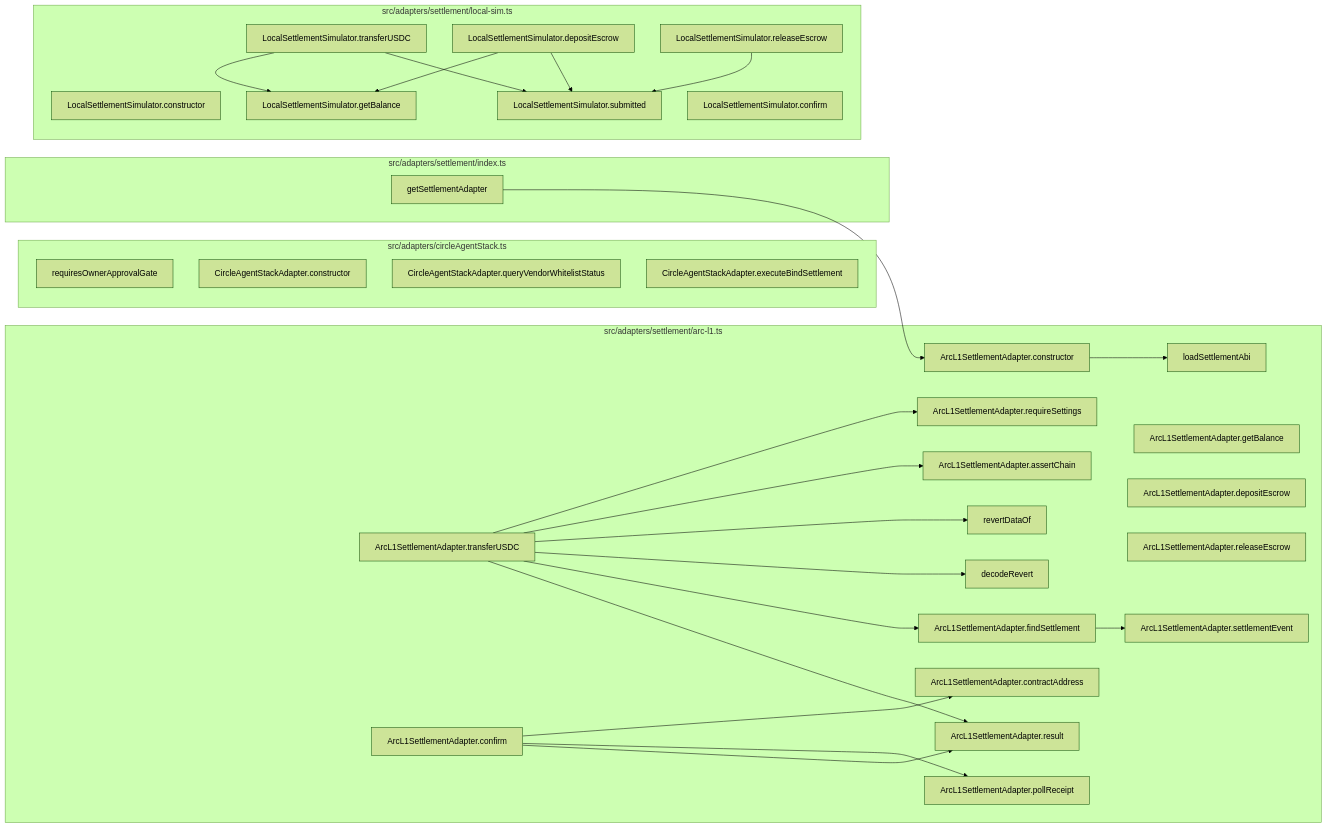
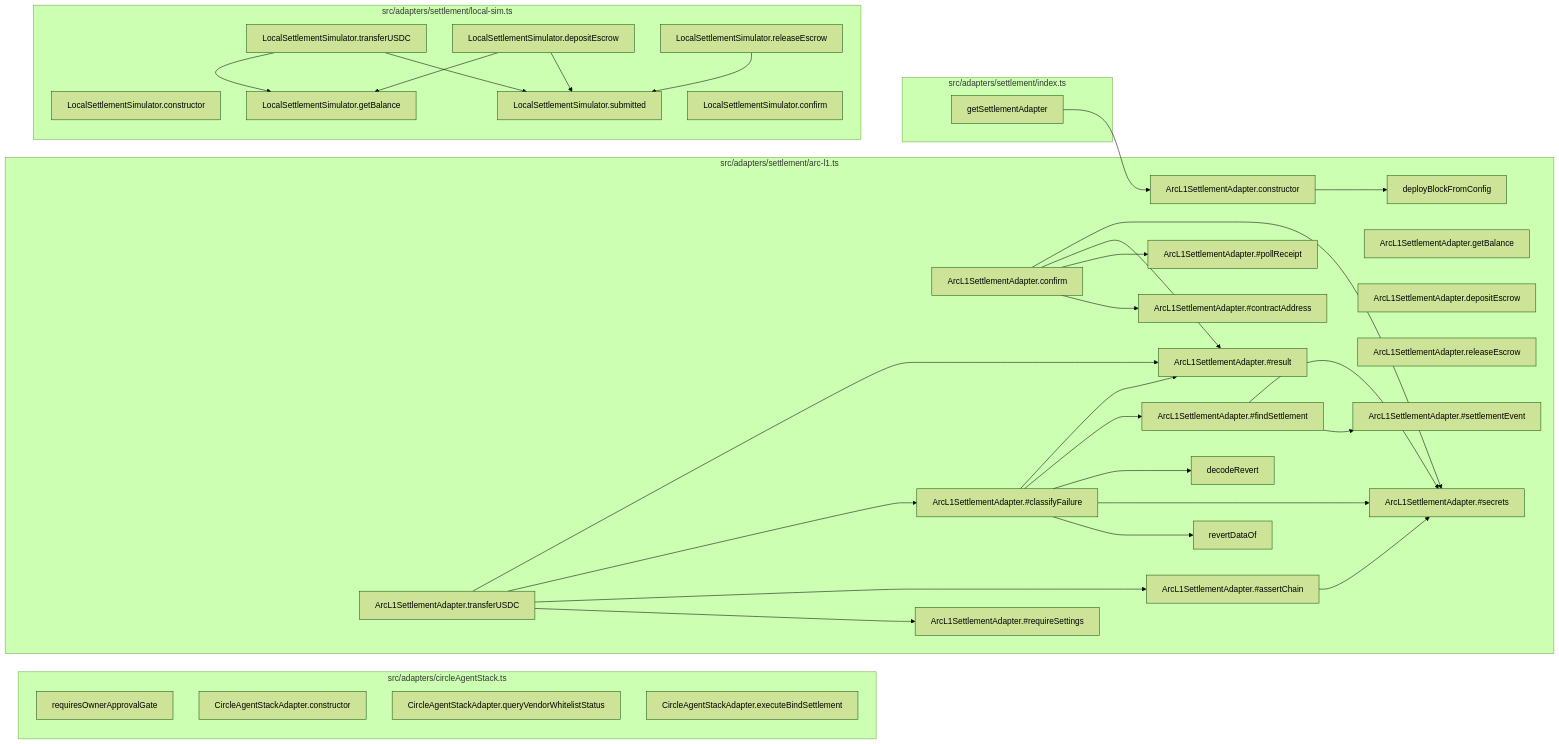
The fifth of 8 diagrams in docs/CODEBASE_MAP.md (Jaydearcadian/bind), drawn with Mermaid (forest theme) before and after one commit. The commit also changed other lines of this file and 10 other files, not shown here.

First line of the commit message:
fix(settlement): redact RPC failures, generate the ABI module, hide the signer key, scan from deploy block

````diff
--- a/docs/CODEBASE_MAP.md
+++ b/docs/CODEBASE_MAP.md
@@ -245,56 +247,64 @@
 ```mermaid
 flowchart LR
   subgraph F0["src/adapters/circleAgentStack.ts"]
     n2["requiresOwnerApprovalGate"]
     n3["CircleAgentStackAdapter.constructor"]
     n4["CircleAgentStackAdapter.queryVendorWhitelistStatus"]
     n5["CircleAgentStackAdapter.executeBindSettlement"]
   end
   subgraph F1["src/adapters/settlement/arc-l1.ts"]
-    n8["loadSettlementAbi"]
-    n9["revertDataOf"]
-    n10["decodeRevert"]
+    n8["revertDataOf"]
+    n9["decodeRevert"]
+    n10["deployBlockFromConfig"]
     n11["ArcL1SettlementAdapter.constructor"]
     n12["ArcL1SettlementAdapter.getBalance"]
     n13["ArcL1SettlementAdapter.transferUSDC"]
     n14["ArcL1SettlementAdapter.confirm"]
     n15["ArcL1SettlementAdapter.depositEscrow"]
     n16["ArcL1SettlementAdapter.releaseEscrow"]
-    n17["ArcL1SettlementAdapter.result"]
-    n18["ArcL1SettlementAdapter.contractAddress"]
-    n19["ArcL1SettlementAdapter.requireSettings"]
-    n20["ArcL1SettlementAdapter.assertChain"]
-    n21["ArcL1SettlementAdapter.settlementEvent"]
-    n22["ArcL1SettlementAdapter.findSettlement"]
-    n23["ArcL1SettlementAdapter.pollReceipt"]
+    n17["ArcL1SettlementAdapter.#result"]
+    n18["ArcL1SettlementAdapter.#secrets"]
+    n19["ArcL1SettlementAdapter.#classifyFailure"]
+    n20["ArcL1SettlementAdapter.#contractAddress"]
+    n21["ArcL1SettlementAdapter.#requireSettings"]
+    n22["ArcL1SettlementAdapter.#assertChain"]
+    n23["ArcL1SettlementAdapter.#settlementEvent"]
+    n24["ArcL1SettlementAdapter.#findSettlement"]
+    n25["ArcL1SettlementAdapter.#pollReceipt"]
   end
   subgraph F2["src/adapters/settlement/index.ts"]
-    n29["getSettlementAdapter"]
+    n34["getSettlementAdapter"]
   end
   subgraph F3["src/adapters/settlement/local-sim.ts"]
-    n30["LocalSettlementSimulator.constructor"]
-    n31["LocalSettlementSimulator.getBalance"]
-    n32["LocalSettlementSimulator.transferUSDC"]
-    n33["LocalSettlementSimulator.confirm"]
-    n34["LocalSettlementSimulator.depositEscrow"]
-    n35["LocalSettlementSimulator.releaseEscrow"]
-    n36["LocalSettlementSimulator.submitted"]
+    n35["LocalSettlementSimulator.constructor"]
+    n36["LocalSettlementSimulator.getBalance"]
+    n37["LocalSettlementSimulator.transferUSDC"]
+    n38["LocalSettlementSimulator.confirm"]
+    n39["LocalSettlementSimulator.depositEscrow"]
+    n40["LocalSettlementSimulator.releaseEscrow"]
+    n41["LocalSettlementSimulator.submitted"]
   end
-  n11 --> n8
+  n11 --> n10
+  n13 --> n21
+  n13 --> n22
   n13 --> n19
-  n13 --> n20
-  n13 --> n9
-  n13 --> n10
-  n13 --> n22
   n13 --> n17
+  n14 --> n20
+  n14 --> n25
+  n14 --> n17
   n14 --> n18
-  n14 --> n23
-  n14 --> n17
-  n22 --> n21
-  n29 --> n11
-  n32 --> n31
-  n32 --> n36
-  n34 --> n31
-  n34 --> n36
-  n35 --> n36
+  n19 --> n8
+  n19 --> n18
+  n19 --> n9
+  n19 --> n24
+  n19 --> n17
+  n22 --> n18
+  n24 --> n23
+  n24 --> n18
+  n34 --> n11
+  n37 --> n36
+  n37 --> n41
+  n39 --> n36
+  n39 --> n41
+  n40 --> n41
 ```
````
